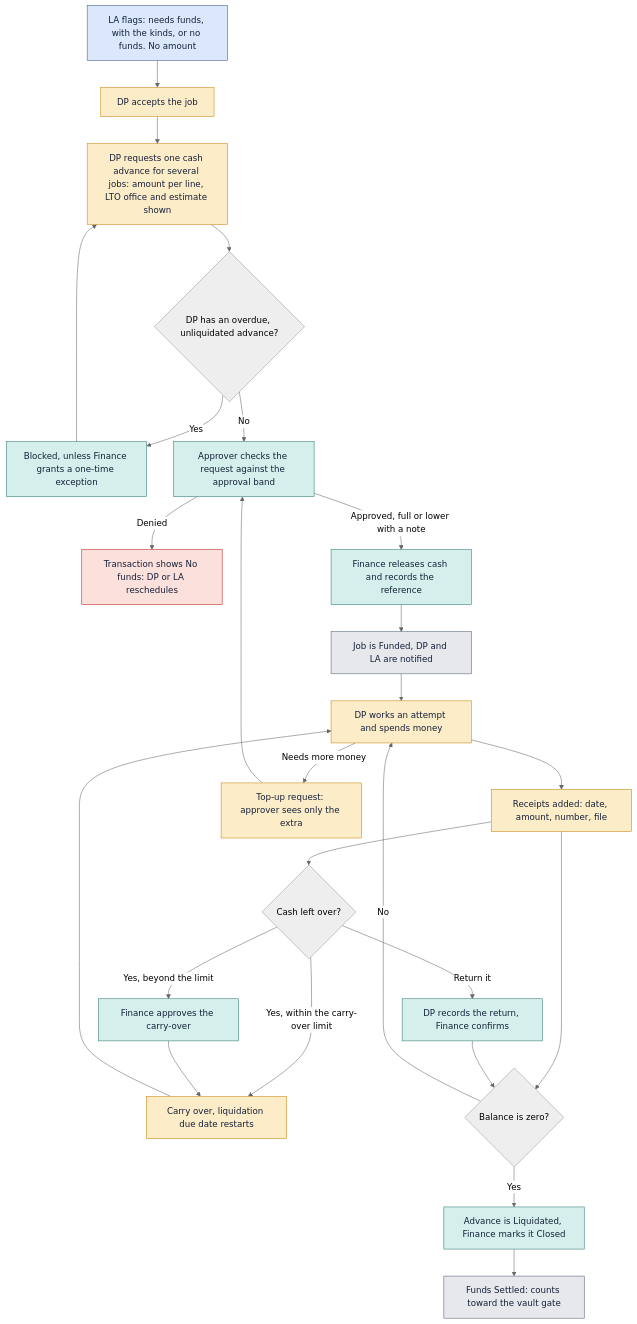
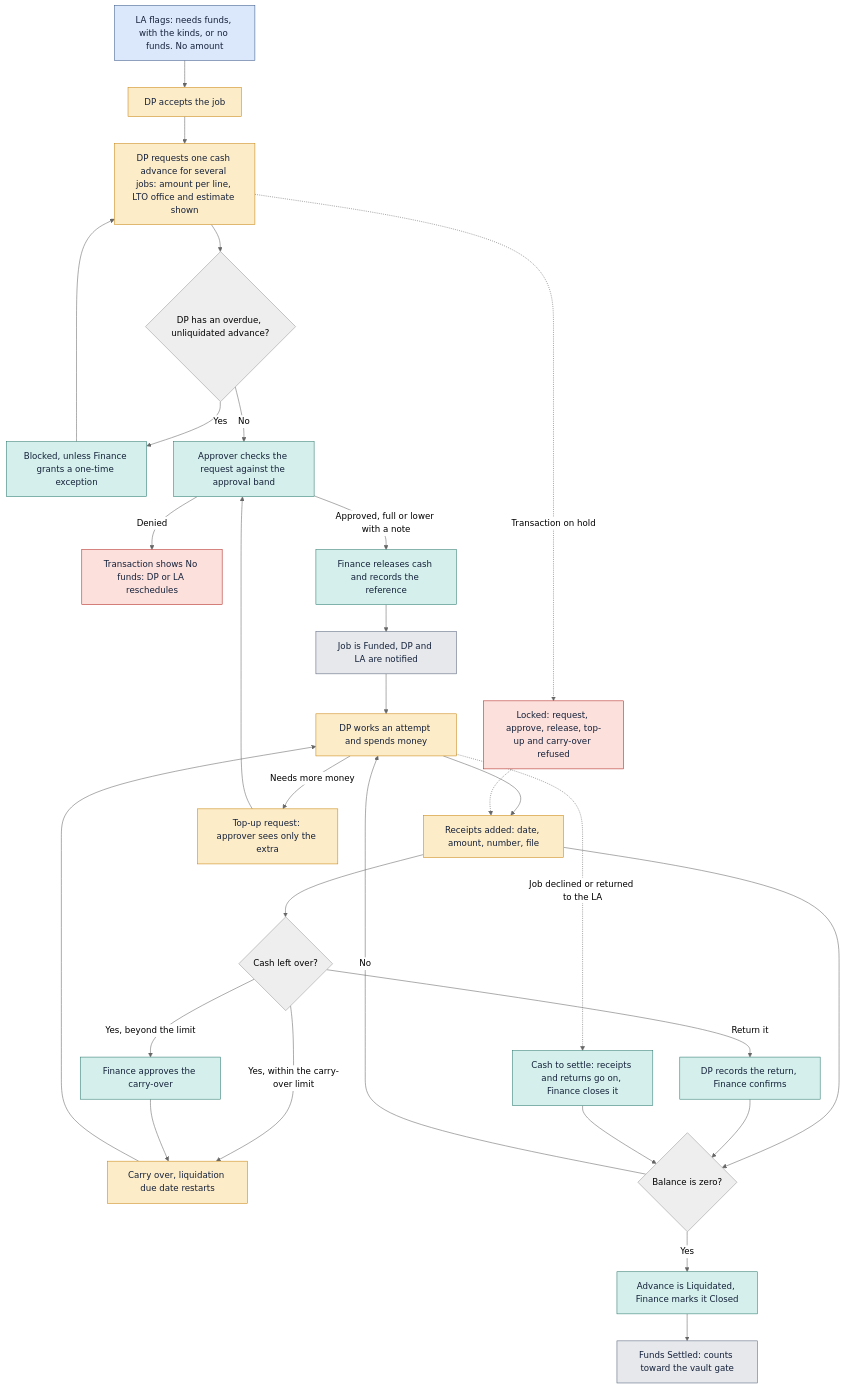
One commit to MewinDev/gdfi-dms changed the diagram in docs/workflow/05-funds.md. Above: the diagram before and after it, drawn with Mermaid (neutral theme). The commit also changed other lines of this file and 108 other files, not shown here.

````diff
--- a/docs/workflow/05-funds.md
+++ b/docs/workflow/05-funds.md
@@ -9,33 +9,37 @@
 ```mermaid
 flowchart TD
   A["LA flags: needs funds, with the kinds, or no funds. No amount"]:::la
   A --> B["DP accepts the job"]:::dp
   B --> C["DP requests one cash advance for several jobs: amount per line, LTO office and estimate shown"]:::dp
   C --> D{"DP has an overdue, unliquidated advance?"}
   D -->|Yes| D1["Blocked, unless Finance grants a one-time exception"]:::fin
   D1 --> C
   D -->|No| E["Approver checks the request against the approval band"]:::fin
   E -->|Denied| E1["Transaction shows No funds: DP or LA reschedules"]:::prob
   E -->|"Approved, full or lower with a note"| F["Finance releases cash and records the reference"]:::fin
   F --> G["Job is Funded, DP and LA are notified"]:::sys
   G --> H["DP works an attempt and spends money"]:::dp
   H --> I["Receipts added: date, amount, number, file"]:::dp
   I --> J{"Cash left over?"}
   J -->|"Yes, within the carry-over limit"| K["Carry over, liquidation due date restarts"]:::dp
   J -->|"Yes, beyond the limit"| K2["Finance approves the carry-over"]:::fin
   K2 --> K
   J -->|"Return it"| M["DP records the return, Finance confirms"]:::fin
   K --> H
   H -->|"Needs more money"| N["Top-up request: approver sees only the extra"]:::dp
   N --> E
   I --> O{"Balance is zero?"}
   O -->|No| H
   O -->|Yes| P["Advance is Liquidated, Finance marks it Closed"]:::fin
   M --> O
   P --> Q["Funds Settled: counts toward the vault gate"]:::sys
+  C -.->|"Transaction on hold"| L["Locked: request, approve, release, top-up and carry-over refused"]:::prob
+  L -.-> I
+  H -.->|"Job declined or returned to the LA"| S["Cash to settle: receipts and returns go on, Finance closes it"]:::fin
+  S --> O
   classDef la fill:#dbe8fb,stroke:#3b5a8a,color:#14213a
   classDef dp fill:#fdecc8,stroke:#c98512,color:#14213a
   classDef fin fill:#d5f0ec,stroke:#2f7a70,color:#14213a
   classDef prob fill:#fbe0dc,stroke:#b3261e,color:#14213a
   classDef sys fill:#e6e8ec,stroke:#56627a,color:#14213a
 ```
````
